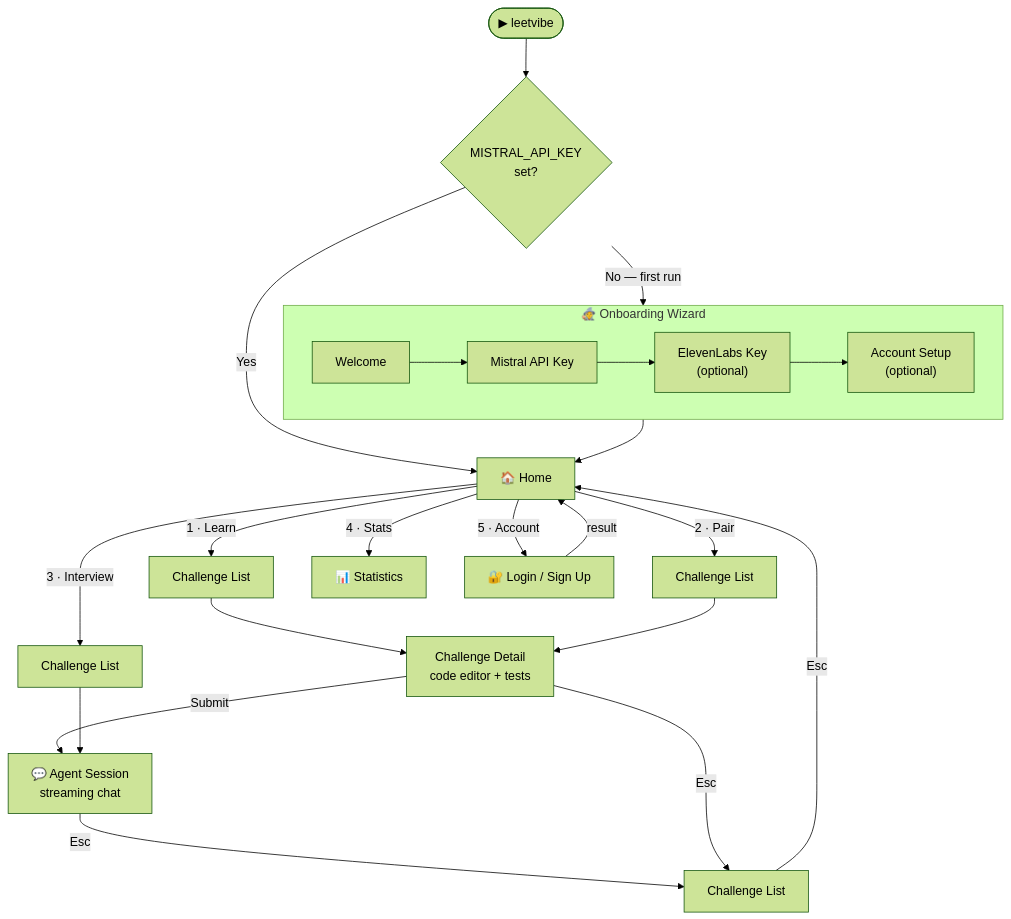
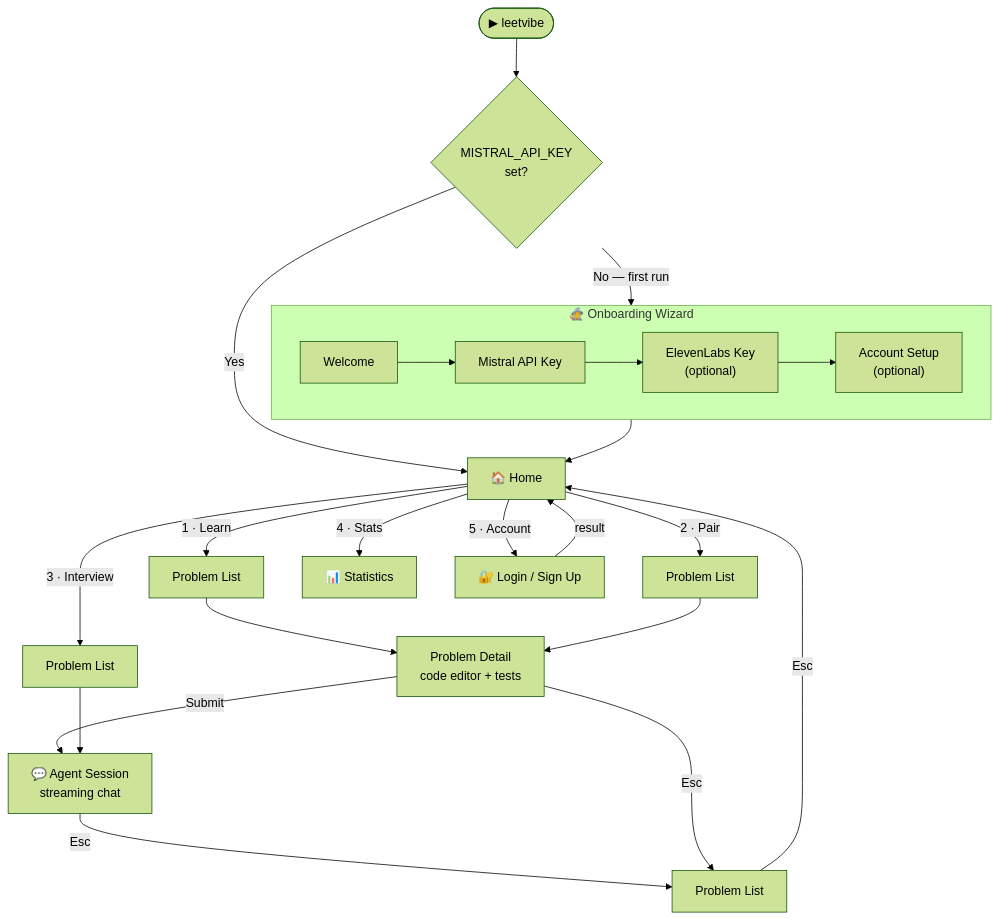
The second of 7 diagrams in README.md (Hiba-Chaabnia/LeetVibe), drawn with Mermaid (forest theme) before and after one commit. The commit also changed other lines of this file and 34 other files, not shown here.

````diff
--- a/README.md
+++ b/README.md
@@ -177,30 +177,30 @@
 ```mermaid
 flowchart TD
     Launch(["▶ leetvibe"])
     Launch --> Check{"MISTRAL_API_KEY\nset?"}
     Check -- "No — first run" --> Onboard
     Check -- "Yes" --> Home
 
     subgraph Onboard["🧙 Onboarding Wizard"]
         W["Welcome"] --> AK["Mistral API Key"]
         AK --> EL["ElevenLabs Key\n(optional)"]
         EL --> AC["Account Setup\n(optional)"]
     end
 
     Onboard --> Home["🏠 Home"]
 
-    Home -- "1 · Learn" --> LL["Challenge List"]
-    Home -- "2 · Pair" --> CL["Challenge List"]
-    Home -- "3 · Interview" --> IL["Challenge List"]
+    Home -- "1 · Learn" --> LL["Problem List"]
+    Home -- "2 · Pair" --> CL["Problem List"]
+    Home -- "3 · Interview" --> IL["Problem List"]
     Home -- "4 · Stats" --> Stats["📊 Statistics"]
     Home -- "5 · Account" --> Login["🔐 Login / Sign Up"]
     Login -- result --> Home
 
-    LL & CL --> Detail["Challenge Detail\ncode editor + tests"]
+    LL & CL --> Detail["Problem Detail\ncode editor + tests"]
     Detail -- "Submit" --> Session["💬 Agent Session\nstreaming chat"]
     IL --> Session
 
-    Session -- "Esc" --> CL2["Challenge List"]
+    Session -- "Esc" --> CL2["Problem List"]
     Detail -- "Esc" --> CL2
     CL2 -- "Esc" --> Home
 ```
````
